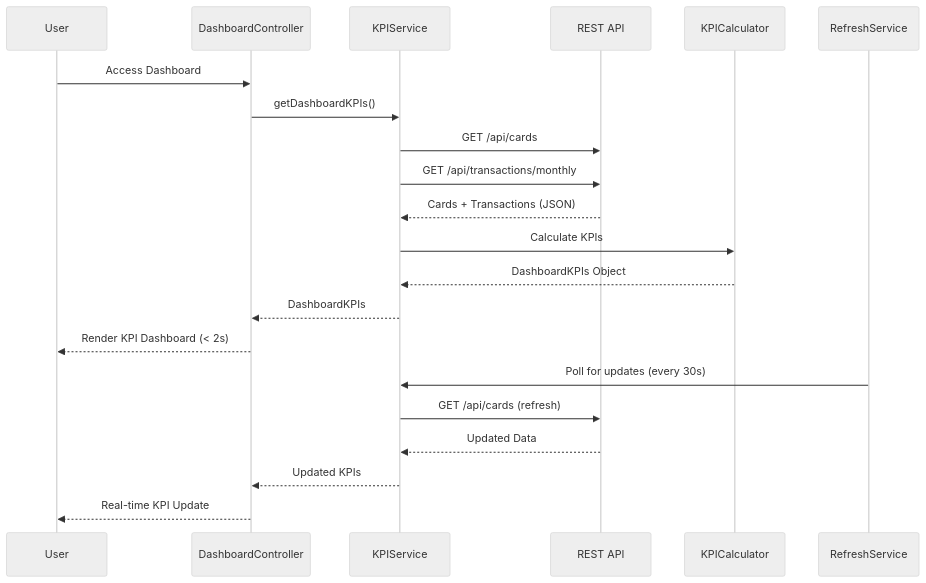
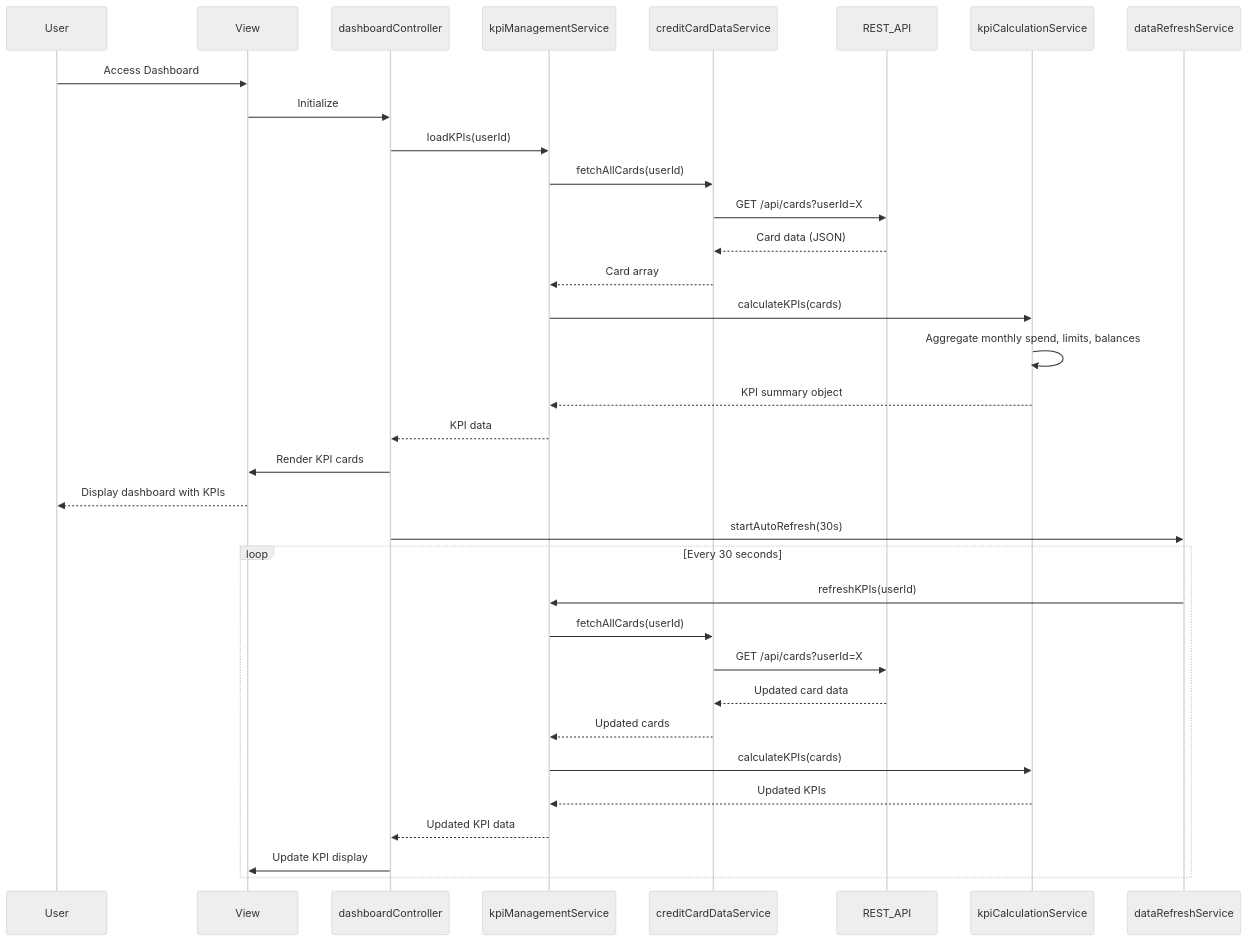
One commit to AAVA-Demo/APB_Demo changed the diagram in LLD/QE-7742_LLD.md. Above: the diagram before and after it, drawn with Mermaid (neutral theme). The commit also changed other lines of this file and 5 other files, not shown here.

````diff
--- a/LLD/QE-7742_LLD.md
+++ b/LLD/QE-7742_LLD.md
@@ -66,24 +79,37 @@
 ```mermaid
 sequenceDiagram
     participant User
-    participant DashboardController
-    participant KPIService
-    participant API as REST API
-    participant KPICalculator
-    participant RefreshService
-
-    User->>DashboardController: Access Dashboard
-    DashboardController->>KPIService: getDashboardKPIs()
-    KPIService->>API: GET /api/cards
-    KPIService->>API: GET /api/transactions/monthly
-    API-->>KPIService: Cards + Transactions (JSON)
-    KPIService->>KPICalculator: Calculate KPIs
-    KPICalculator-->>KPIService: DashboardKPIs Object
-    KPIService-->>DashboardController: DashboardKPIs
-    DashboardController-->>User: Render KPI Dashboard (< 2s)
-    RefreshService->>KPIService: Poll for updates (every 30s)
-    KPIService->>API: GET /api/cards (refresh)
-    API-->>KPIService: Updated Data
-    KPIService-->>DashboardController: Updated KPIs
-    DashboardController-->>User: Real-time KPI Update
+    participant View
+    participant dashboardController
+    participant kpiManagementService
+    participant creditCardDataService
+    participant REST_API
+    participant kpiCalculationService
+    participant dataRefreshService
+    
+    User->>View: Access Dashboard
+    View->>dashboardController: Initialize
+    dashboardController->>kpiManagementService: loadKPIs(userId)
+    kpiManagementService->>creditCardDataService: fetchAllCards(userId)
+    creditCardDataService->>REST_API: GET /api/cards?userId=X
+    REST_API-->>creditCardDataService: Card data (JSON)
+    creditCardDataService-->>kpiManagementService: Card array
+    kpiManagementService->>kpiCalculationService: calculateKPIs(cards)
+    kpiCalculationService->>kpiCalculationService: Aggregate monthly spend, limits, balances
+    kpiCalculationService-->>kpiManagementService: KPI summary object
+    kpiManagementService-->>dashboardController: KPI data
+    dashboardController->>View: Render KPI cards
+    View-->>User: Display dashboard with KPIs
+    dashboardController->>dataRefreshService: startAutoRefresh(30s)
+    loop Every 30 seconds
+        dataRefreshService->>kpiManagementService: refreshKPIs(userId)
+        kpiManagementService->>creditCardDataService: fetchAllCards(userId)
+        creditCardDataService->>REST_API: GET /api/cards?userId=X
+        REST_API-->>creditCardDataService: Updated card data
+        creditCardDataService-->>kpiManagementService: Updated cards
+        kpiManagementService->>kpiCalculationService: calculateKPIs(cards)
+        kpiCalculationService-->>kpiManagementService: Updated KPIs
+        kpiManagementService-->>dashboardController: Updated KPI data
+        dashboardController->>View: Update KPI display
+    end
 ```
````
